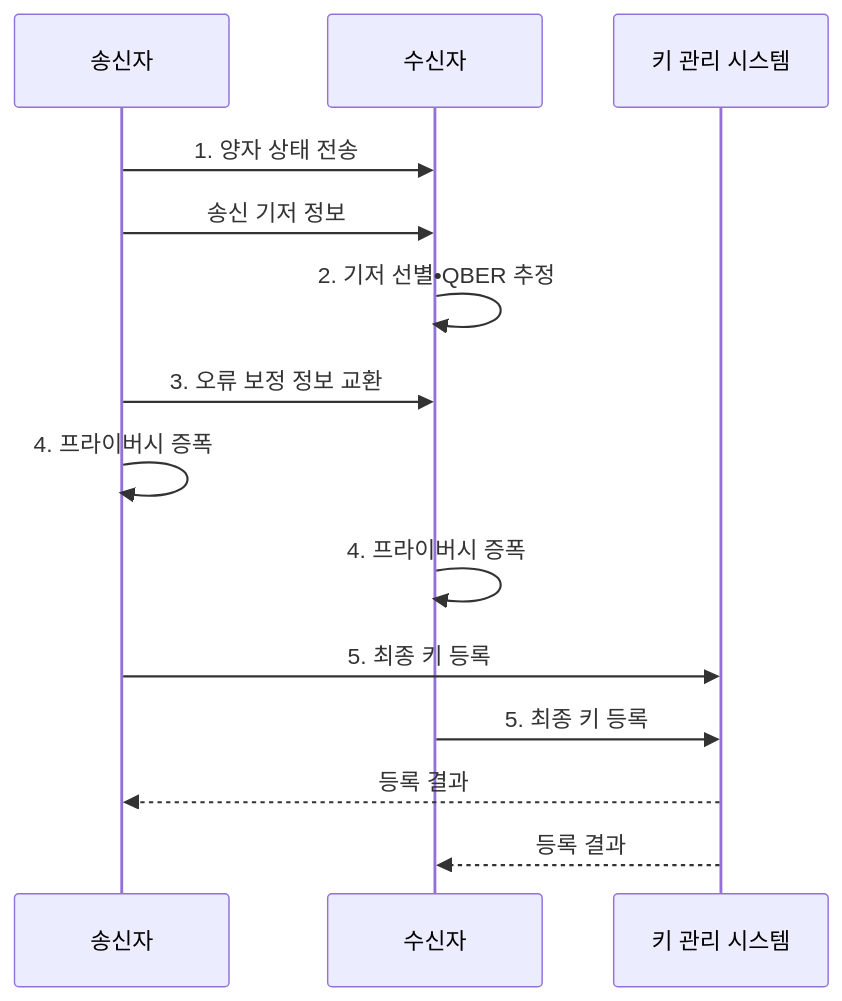
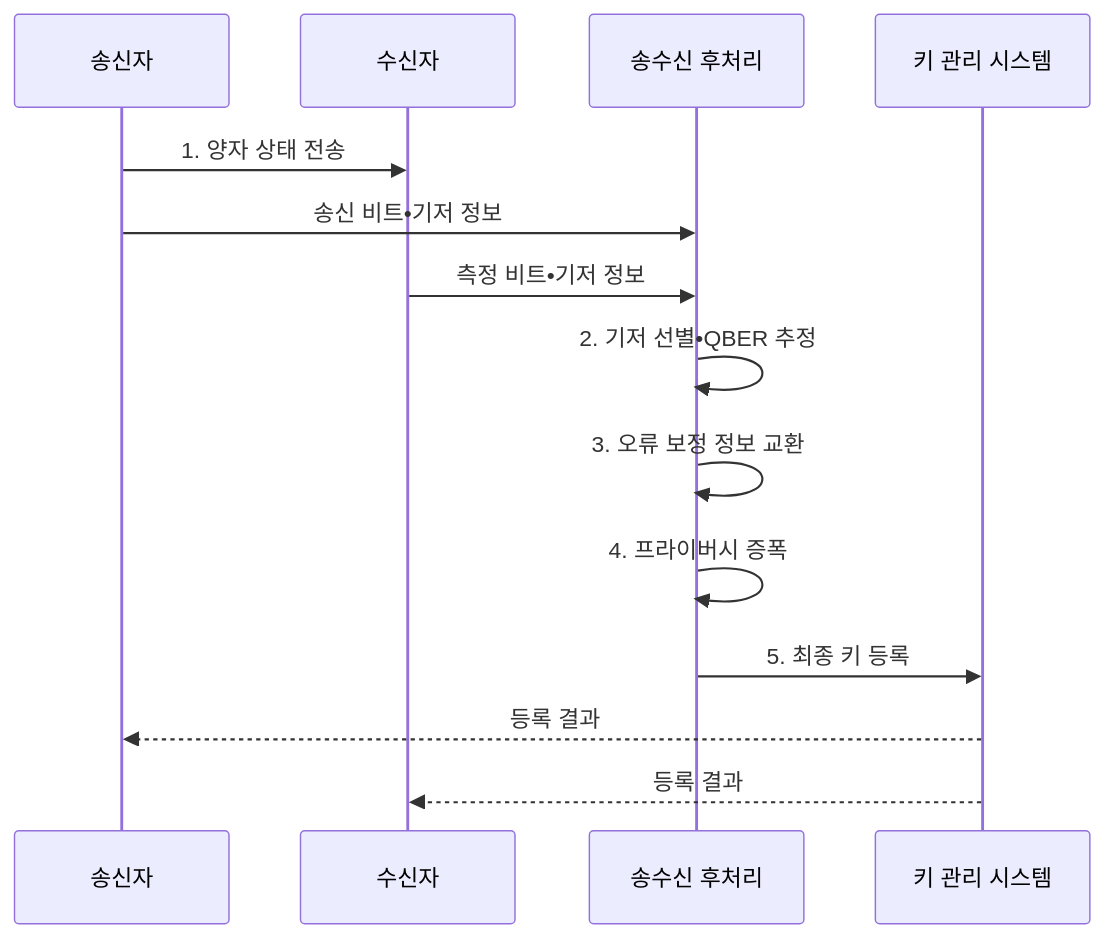
Before and after one commit to agnusdei1207/knowledge-base: the second of 2 diagrams in src/content/docs/notes/05-security/014_quantum_key_distribution.md, drawn with Mermaid. The commit also changed other lines of this file and 7 other files, not shown here.

````diff
--- a/src/content/docs/notes/05-security/014_quantum_key_distribution.md
+++ b/src/content/docs/notes/05-security/014_quantum_key_distribution.md
@@ -106,16 +106,16 @@
 ```mermaid
 sequenceDiagram
     participant A as 송신자
     participant B as 수신자
+    participant P as 송수신 후처리
     participant K as 키 관리 시스템
     A->>B: 1. 양자 상태 전송
-    A->>B: 송신 기저 정보
-    B->>B: 2. 기저 선별•QBER 추정
-    A->>B: 3. 오류 보정 정보 교환
-    A->>A: 4. 프라이버시 증폭
-    B->>B: 4. 프라이버시 증폭
-    A->>K: 5. 최종 키 등록
-    B->>K: 5. 최종 키 등록
+    A->>P: 송신 비트•기저 정보
+    B->>P: 측정 비트•기저 정보
+    P->>P: 2. 기저 선별•QBER 추정
+    P->>P: 3. 오류 보정 정보 교환
+    P->>P: 4. 프라이버시 증폭
+    P->>K: 5. 최종 키 등록
     K-->>A: 등록 결과
     K-->>B: 등록 결과
 ```
````
